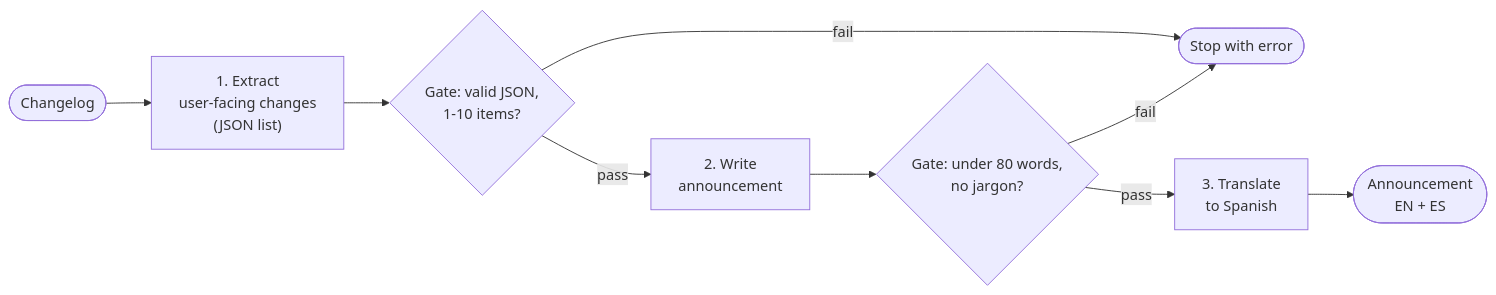
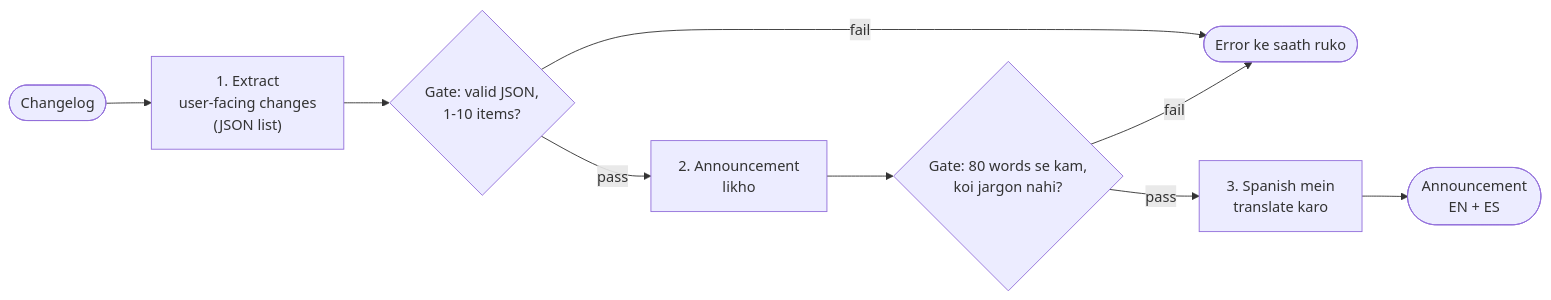
The diagram in docs/09-agent-design-patterns/09.1-prompt-chaining.md (asmustechno/agentic-ai-notes), drawn with Mermaid before and after one commit. The commit also changed other lines of this file and 135 other files, not shown here.

````diff
--- a/docs/09-agent-design-patterns/09.1-prompt-chaining.md
+++ b/docs/09-agent-design-patterns/09.1-prompt-chaining.md
@@ -42,11 +44,11 @@
 ```mermaid
 flowchart LR
     IN([Changelog]) --> S1["1. Extract<br/>user-facing changes<br/>(JSON list)"]
     S1 --> G1{"Gate: valid JSON,<br/>1-10 items?"}
-    G1 -->|pass| S2["2. Write<br/>announcement"]
-    G1 -->|fail| X([Stop with error])
-    S2 --> G2{"Gate: under 80 words,<br/>no jargon?"}
-    G2 -->|pass| S3["3. Translate<br/>to Spanish"]
+    G1 -->|pass| S2["2. Announcement<br/>likho"]
+    G1 -->|fail| X([Error ke saath ruko])
+    S2 --> G2{"Gate: 80 words se kam,<br/>koi jargon nahi?"}
+    G2 -->|pass| S3["3. Spanish mein<br/>translate karo"]
     G2 -->|fail| X
     S3 --> OUT([Announcement<br/>EN + ES])
 ```
````
